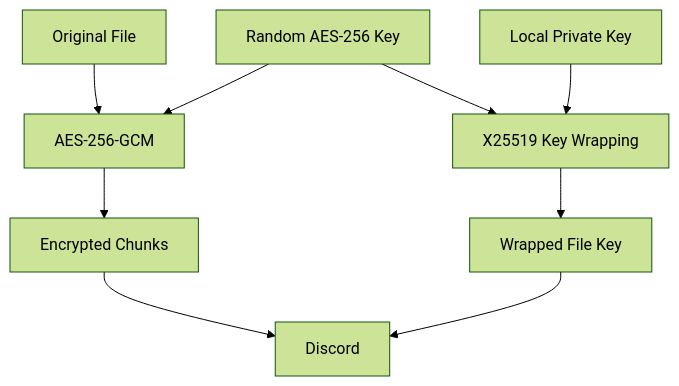
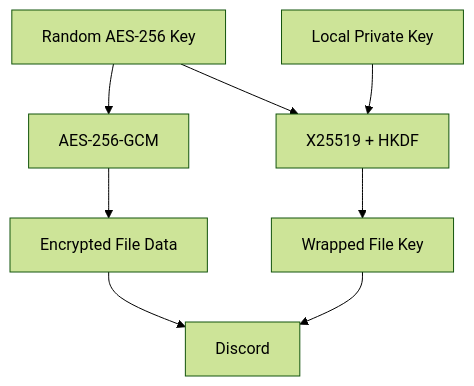
One commit to DrunkTrader/discord-vault changed the third of 3 diagrams in README.md. Above: the diagram before and after it, drawn with Mermaid (forest theme). The commit also changed other lines of this file, not shown here.

````diff
--- a/README.md
+++ b/README.md
@@ -94,15 +268,13 @@
 ```mermaid
 flowchart TD
-    A[Original File] --> B[AES-256-GCM]
-    K[Random AES-256 Key] --> B
+    A[Random AES-256 Key] --> B[AES-256-GCM]
+    B --> C[Encrypted File Data]
 
-    B --> C[Encrypted Chunks]
-
-    K --> D[X25519 Key Wrapping]
+    A --> D[X25519 + HKDF]
     D --> E[Wrapped File Key]
 
     C --> F[Discord]
     E --> F
 
     G[Local Private Key] --> D
 ```
````
